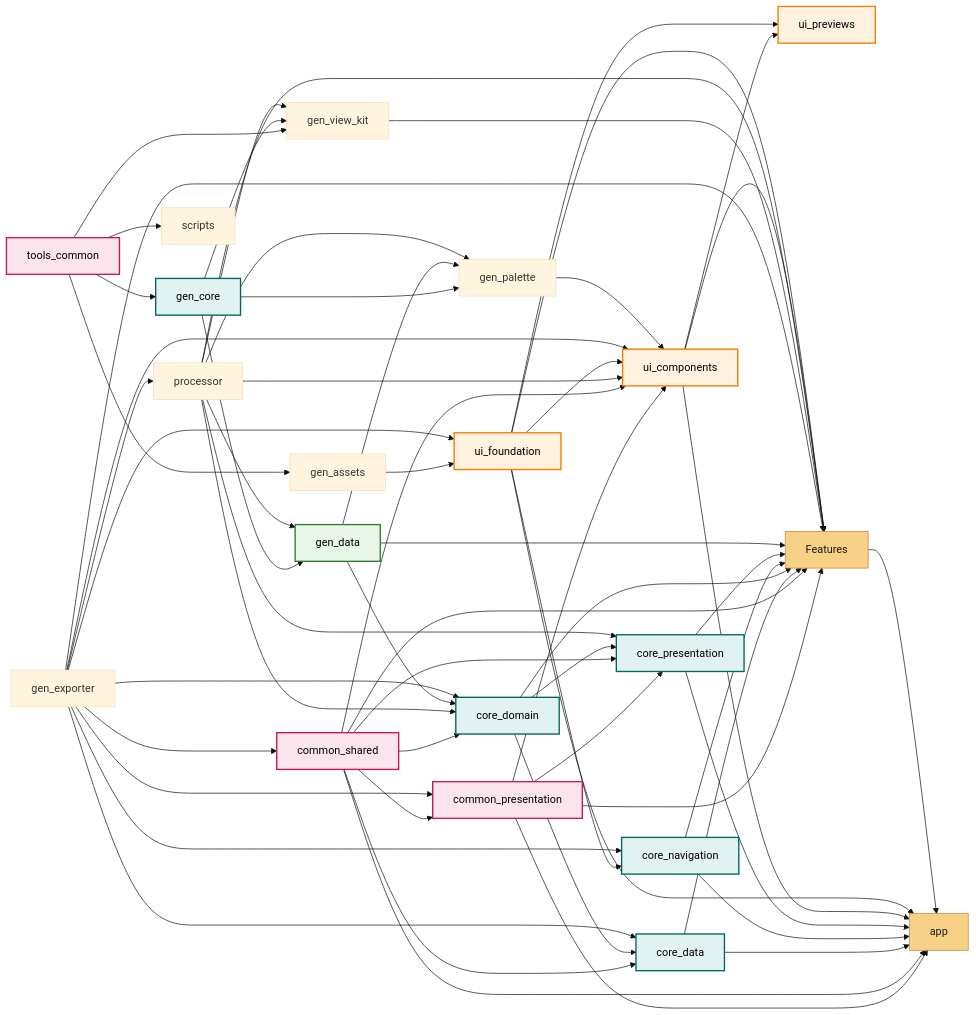
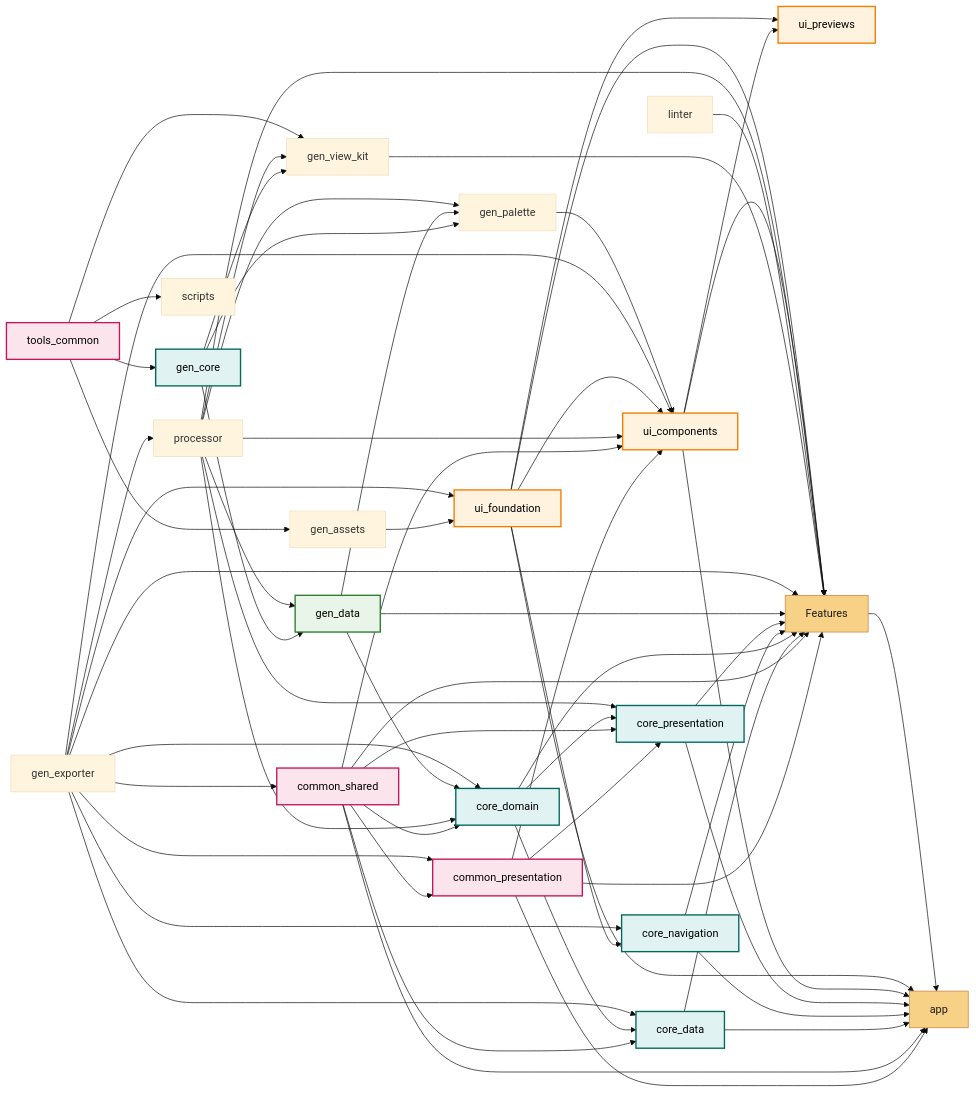
Before and after one commit to hhumbetovv/fullstack-template: the first of 4 diagrams in flutter/module_graph.md, drawn with Mermaid (base theme). The commit also changed other lines of this file and 118 other files, not shown here.

```diff
--- a/flutter/module_graph.md
+++ b/flutter/module_graph.md
@@ -9,8 +9,6 @@
     common_presentation:::common
     common_shared["common_shared"]
     common_shared:::common
-    tools_common["tools_common"]
-    tools_common:::common
     core_data["core_data"]
     core_data:::core
     core_domain["core_domain"]
@@ -27,8 +25,11 @@
     gen_exporter["gen_exporter"]
     gen_palette["gen_palette"]
     gen_view_kit["gen_view_kit"]
+    linter["linter"]
     processor["processor"]
     scripts["scripts"]
+    tools_common["tools_common"]
+    tools_common:::common
     ui_components["ui_components"]
     ui_components:::ui
     ui_foundation["ui_foundation"]
@@ -36,7 +37,6 @@
     ui_previews["ui_previews"]
     ui_previews:::ui
     class app feature
-    tools_common --> scripts
     common_presentation --> app
     common_shared --> app
     core_data --> app
@@ -44,6 +44,7 @@
     core_presentation --> app
     ui_components --> app
     ui_foundation --> app
+    tools_common --> scripts
     gen_exporter --> processor
     tools_common --> gen_core
     tools_common --> gen_assets
@@ -52,9 +53,9 @@
     gen_core --> gen_palette
     gen_data --> gen_palette
     processor --> gen_palette
-    tools_common --> gen_view_kit
     gen_core --> gen_view_kit
     processor --> gen_view_kit
+    tools_common --> gen_view_kit
     gen_exporter --> common_shared
     common_shared --> common_presentation
     gen_exporter --> common_presentation
@@ -92,6 +93,7 @@
     gen_data --> features
     gen_exporter --> features
     gen_view_kit --> features
+    linter --> features
     processor --> features
     ui_components --> features
     ui_foundation --> features
```
